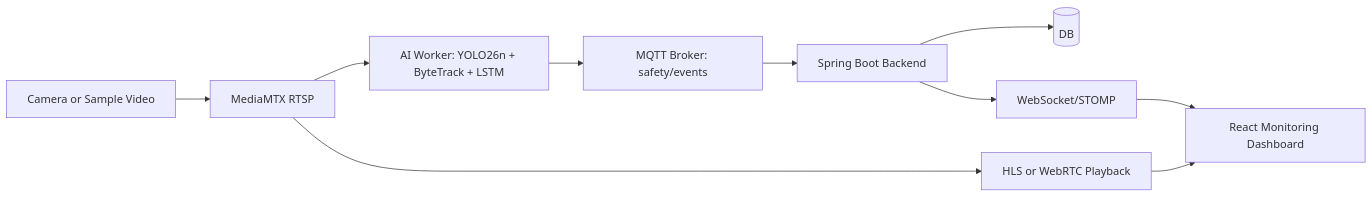
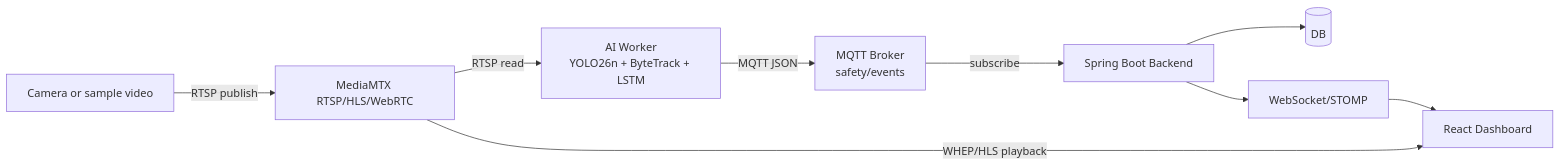
One commit to Anjingyeong/llm_wiki_strange changed the diagram in content/Architecture.md. Above: the diagram before and after it, drawn with Mermaid. The commit also changed other lines of this file and 16 other files, not shown here.

````diff
--- a/content/Architecture.md
+++ b/content/Architecture.md
@@ -46,12 +24,20 @@
 ```mermaid
 flowchart LR
-  Camera[Camera or Sample Video] --> MediaMTX[MediaMTX RTSP]
-  MediaMTX --> AI[AI Worker: YOLO26n + ByteTrack + LSTM]
-  AI --> MQTT[MQTT Broker: safety/events]
-  MQTT --> Backend[Spring Boot Backend]
-  Backend --> DB[(DB)]
-  Backend --> WS[WebSocket/STOMP]
-  WS --> Frontend[React Monitoring Dashboard]
-  MediaMTX --> HLS[HLS or WebRTC Playback]
-  HLS --> Frontend
+  Camera[Camera or sample video]
+  MediaMTX[MediaMTX RTSP/HLS/WebRTC]
+  AI[AI Worker<br/>YOLO26n + ByteTrack + LSTM]
+  MQTT[MQTT Broker<br/>safety/events]
+  Backend[Spring Boot Backend]
+  DB[(DB)]
+  WS[WebSocket/STOMP]
+  Frontend[React Dashboard]
+
+  Camera -->|RTSP publish| MediaMTX
+  MediaMTX -->|RTSP read| AI
+  AI -->|MQTT JSON| MQTT
+  MQTT -->|subscribe| Backend
+  Backend --> DB
+  Backend --> WS
+  WS --> Frontend
+  MediaMTX -->|WHEP/HLS playback| Frontend
 ```
````
